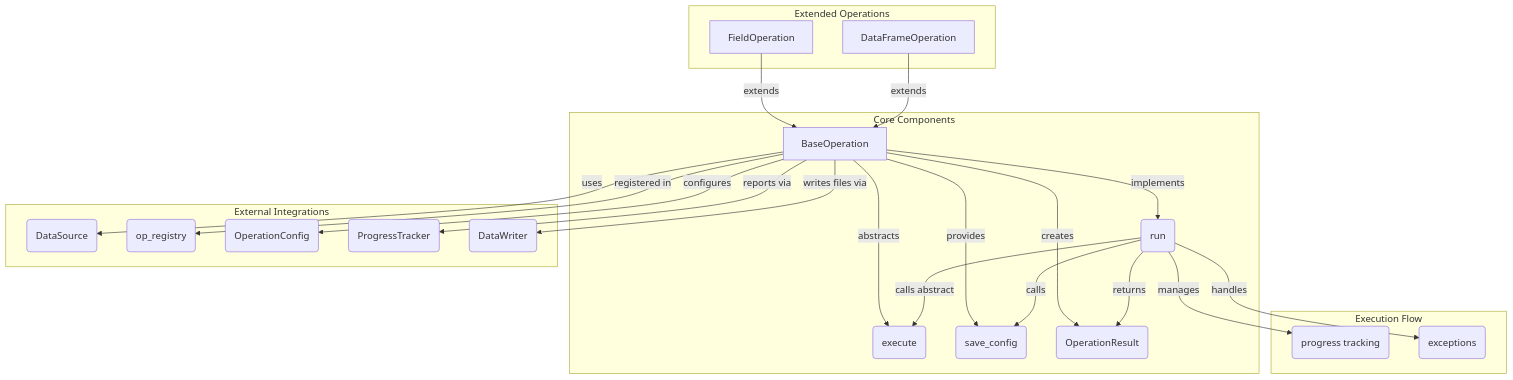
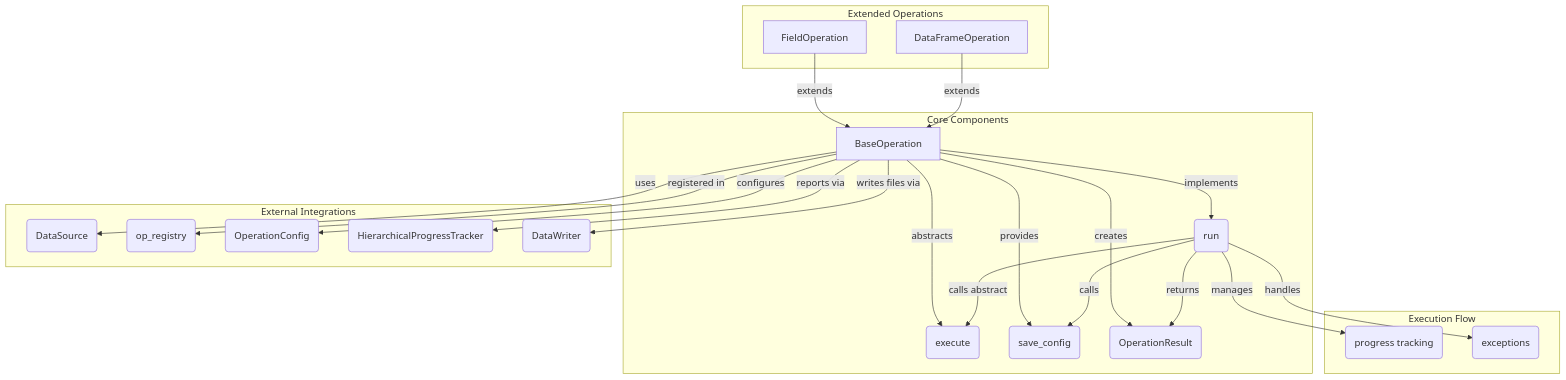
One commit to DGT-Network/PAMOLA changed the first of 2 diagrams in docs/en/core/utils/ops/op_base.md. Above: the diagram before and after it, drawn with Mermaid. The commit also changed 232 other files, not shown here.

````diff
--- a/docs/en/core/utils/ops/op_base.md
+++ b/docs/en/core/utils/ops/op_base.md
@@ -37,30 +37,30 @@
 ```mermaid
 graph TD
     subgraph "Core Components"
         A[BaseOperation] --> |abstracts| B(execute)
         A --> |implements| C(run)
         A --> |provides| D(save_config)
         A --> |creates| E(OperationResult)
     end
     
     subgraph "Extended Operations"
         F[FieldOperation] --> |extends| A
         G[DataFrameOperation] --> |extends| A
     end
     
     subgraph "External Integrations"
         A --> |uses| H(DataSource)
         A --> |registered in| I(op_registry)
         A --> |configures| J(OperationConfig)
-        A --> |reports via| K(ProgressTracker)
+        A --> |reports via| K(HierarchicalProgressTracker)
         A --> |writes files via| R(DataWriter)
     end
     
     subgraph "Execution Flow"
         C --> |calls| D
         C --> |manages| L(progress tracking)
         C --> |calls abstract| B
         C --> |handles| M(exceptions)
         C --> |returns| E
     end
 ```
````
